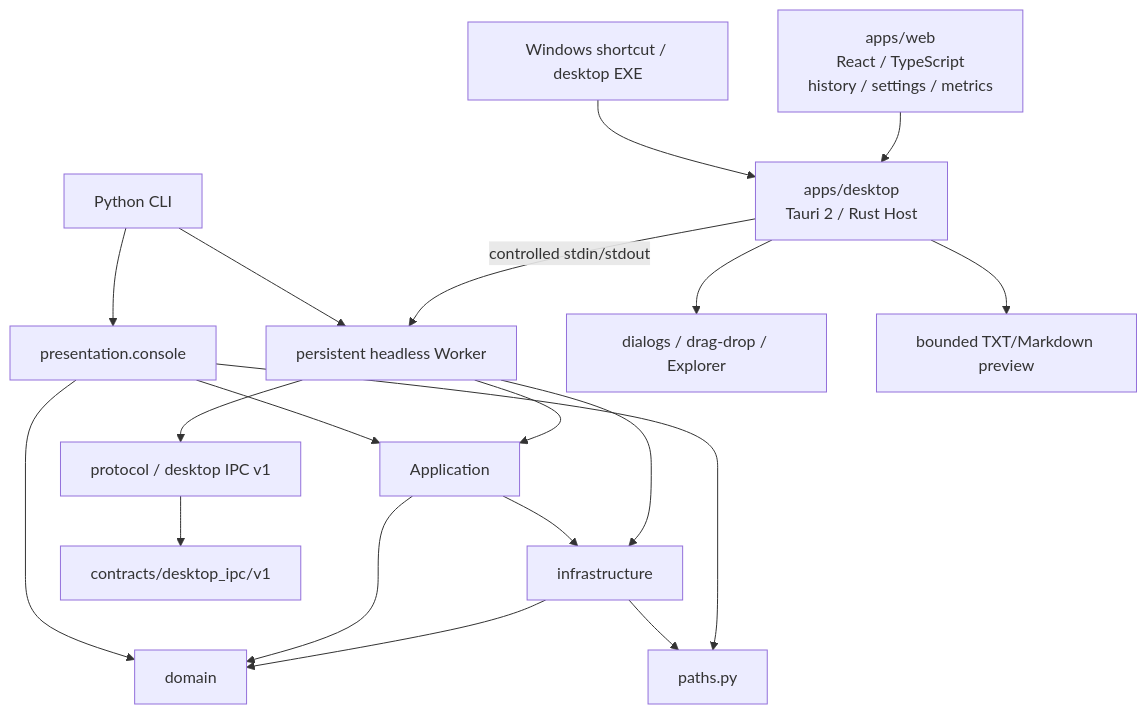
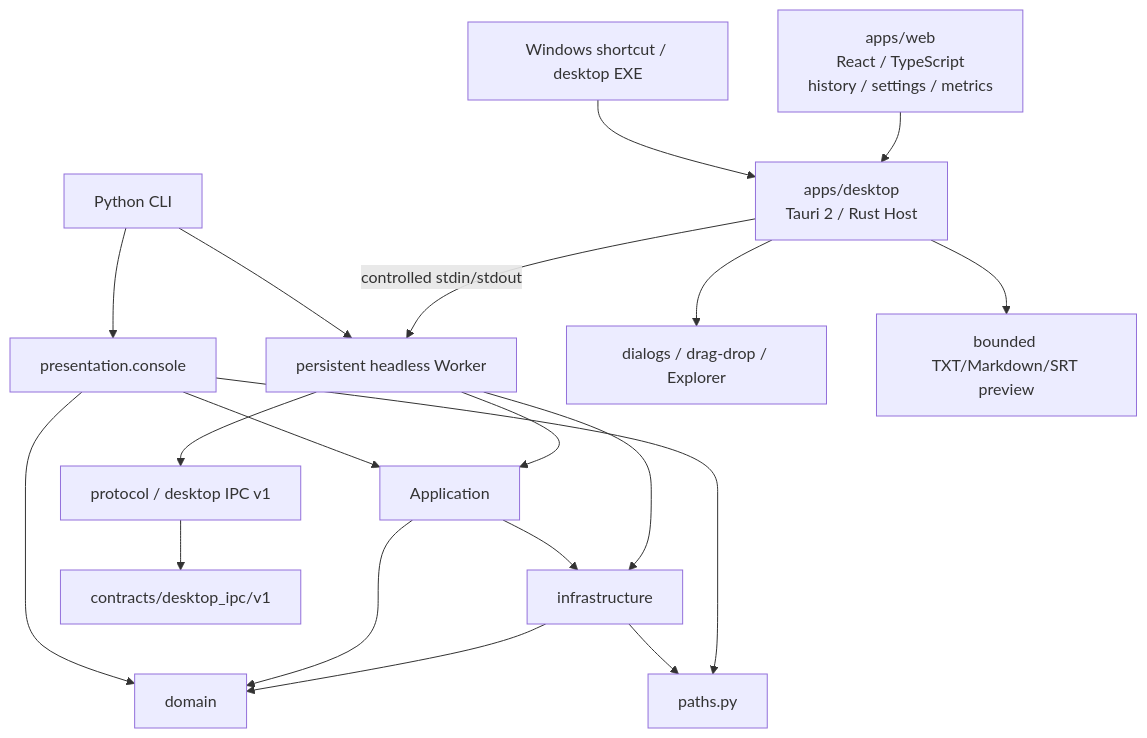
The diagram in docs/architecture/current_architecture.md (DewMysimple/Whisper), drawn with Mermaid before and after one commit. The commit also changed other lines of this file and 142 other files, not shown here.

````diff
--- a/docs/architecture/current_architecture.md
+++ b/docs/architecture/current_architecture.md
@@ -9,21 +9,21 @@
 ```mermaid
 flowchart TD
     Entry["Windows shortcut / desktop EXE"] --> Tauri["apps/desktop\nTauri 2 / Rust Host"]
     CLI["Python CLI"] --> Presentation["presentation.console"]
     Presentation --> Application
     Presentation --> Domain["domain"]
     Application --> Domain
     Application --> Infrastructure["infrastructure"]
     Infrastructure --> Domain
     Infrastructure --> Paths["paths.py"]
     Presentation --> Paths
     CLI --> Worker["persistent headless Worker"]
     Worker --> Protocol["protocol / desktop IPC v1"]
     Worker --> Application
     Worker --> Infrastructure
     Protocol --> Contracts["contracts/desktop_ipc/v1"]
     Web["apps/web\nReact / TypeScript\nhistory / settings / metrics"] --> Tauri
     Tauri -->|"controlled stdin/stdout"| Worker
     Tauri --> Native["dialogs / drag-drop / Explorer"]
-    Tauri --> Preview["bounded TXT/Markdown preview"]
+    Tauri --> Preview["bounded TXT/Markdown/SRT preview"]
 ```
````
